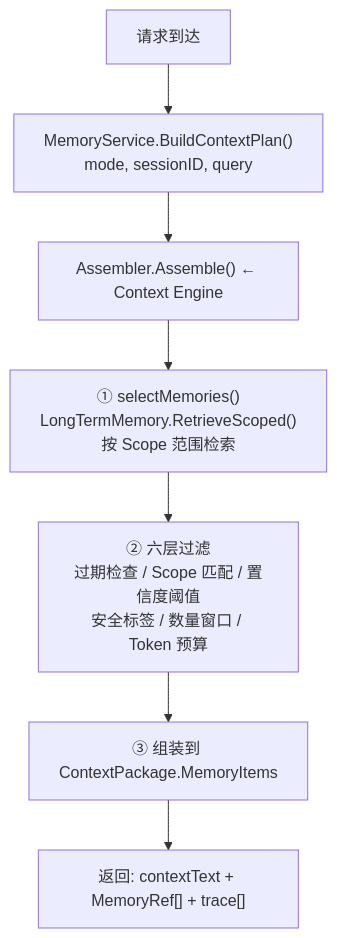
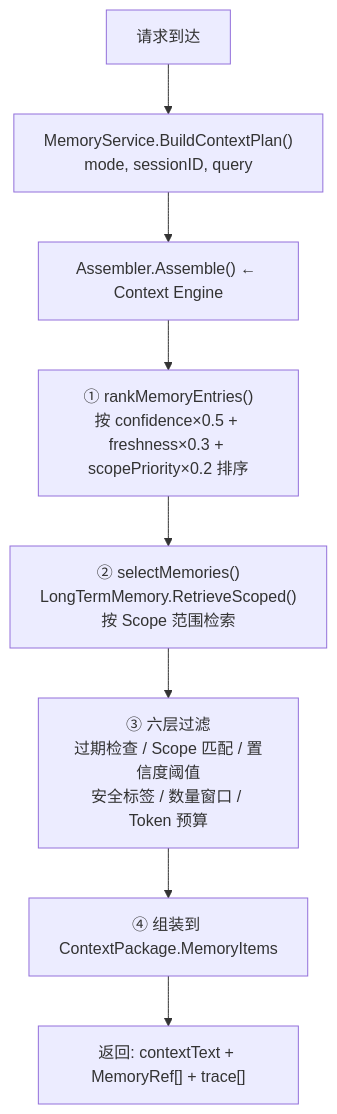
The third of 7 diagrams in Learn/tutorial/06-Memory记忆系统.md (ZhangJYe/OpsCaptain), drawn with Mermaid before and after one commit. The commit also changed other lines of this file, not shown here.

Commit message:
docs: 06-Memory 补充 rankMemoryEntries 复合评分排序

````diff
--- a/Learn/tutorial/06-Memory记忆系统.md
+++ b/Learn/tutorial/06-Memory记忆系统.md
@@ -609,10 +609,11 @@
 ```mermaid
 flowchart TD
     A["请求到达"] --> B["MemoryService.BuildContextPlan()\nmode, sessionID, query"]
     B --> C["Assembler.Assemble() ← Context Engine"]
 
-    C --> C1["① selectMemories()\nLongTermMemory.RetrieveScoped()\n按 Scope 范围检索"]
-    C1 --> C2["② 六层过滤\n过期检查 / Scope 匹配 / 置信度阈值\n安全标签 / 数量窗口 / Token 预算"]
-    C2 --> C3["③ 组装到 ContextPackage.MemoryItems"]
+    C --> C0["① rankMemoryEntries()\n按 confidence×0.5 + freshness×0.3 + scopePriority×0.2 排序"]
+    C0 --> C1["② selectMemories()\nLongTermMemory.RetrieveScoped()\n按 Scope 范围检索"]
+    C1 --> C2["③ 六层过滤\n过期检查 / Scope 匹配 / 置信度阈值\n安全标签 / 数量窗口 / Token 预算"]
+    C2 --> C3["④ 组装到 ContextPackage.MemoryItems"]
     C3 --> D["返回: contextText + MemoryRef[] + trace[]"]
 ```
````
